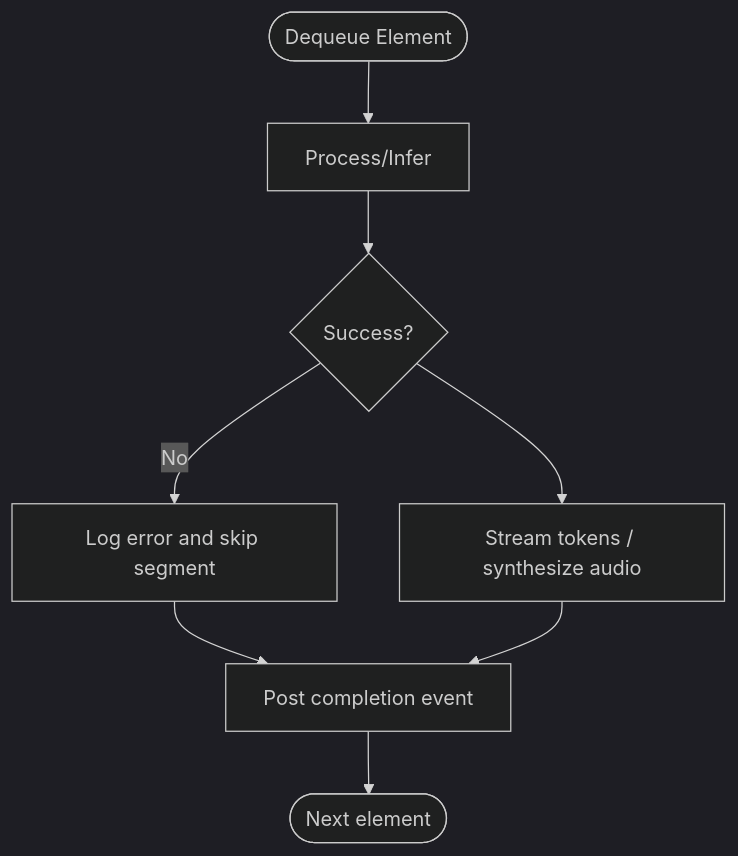
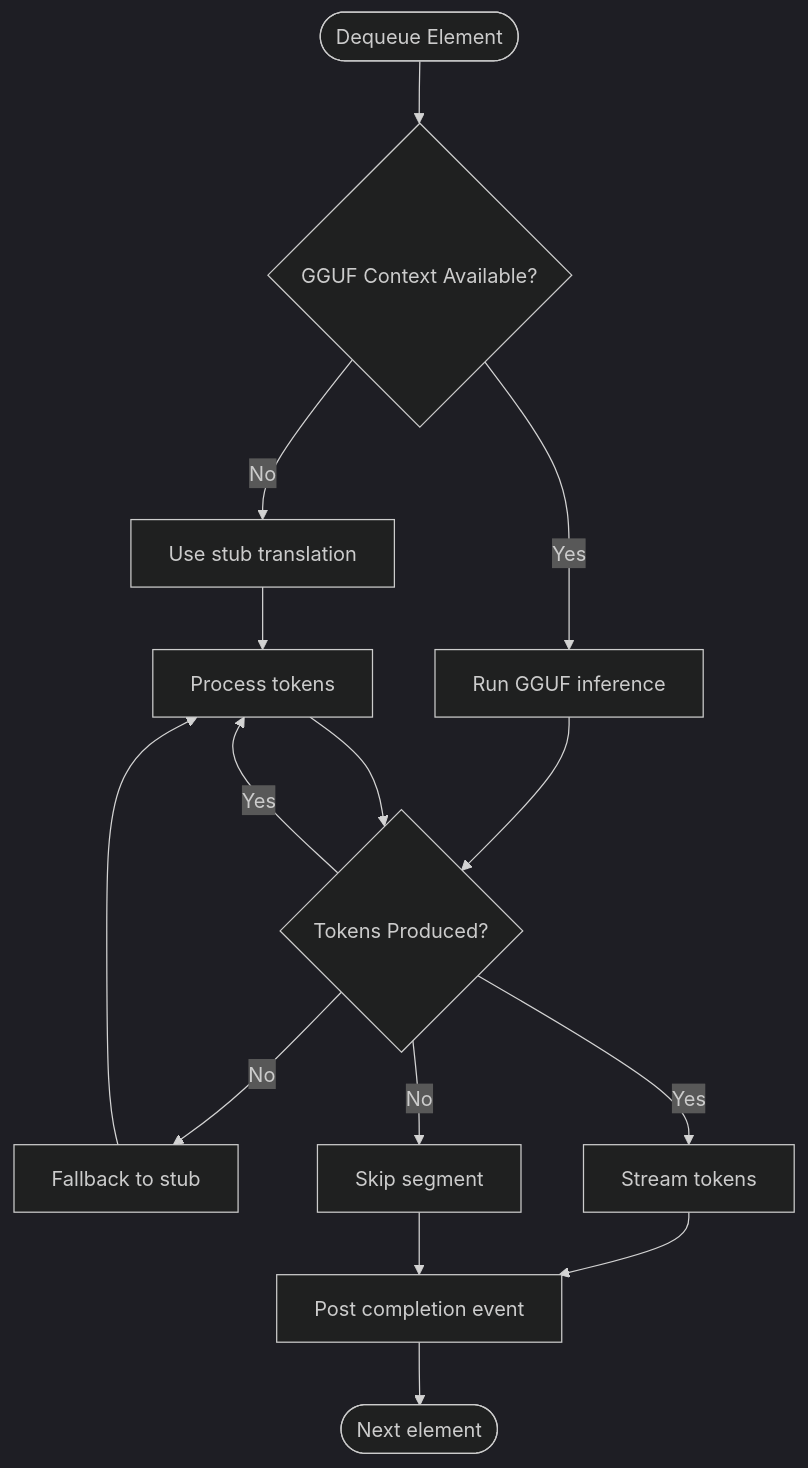
Before and after one commit to iMyth/QwenEcho: the eighth of 10 diagrams in .qoder/repowiki/en/content/AI Model Processing Stages/LLM Stage - Language Translation.md, drawn with Mermaid (dark theme). The commit also changed other lines of this file and 129 other files, not shown here.

````diff
--- a/.qoder/repowiki/en/content/AI Model Processing Stages/LLM Stage - Language Translation.md
+++ b/.qoder/repowiki/en/content/AI Model Processing Stages/LLM Stage - Language Translation.md
@@ -303,10 +317,17 @@
 ```mermaid
 flowchart TD
-Start(["Dequeue Element"]) --> Process["Process/Infer"]
-Process --> Success{"Success?"}
-Success --> |No| LogError["Log error and skip segment"]
-LogError --> Complete["Post completion event"]
-Success --> Stream["Stream tokens / synthesize audio"]
-Stream --> Complete
+Start(["Dequeue Element"]) --> CheckGGUF{"GGUF Context Available?"}
+CheckGGUF --> |No| StubMode["Use stub translation"]
+CheckGGUF --> |Yes| RealInference["Run GGUF inference"]
+StubMode --> Process["Process tokens"]
+RealInference --> Success{"Inference Success?"}
+Success --> |No| Fallback["Fallback to stub"]
+Success --> |Yes| Process
+Fallback --> Process
+Process --> Success{"Tokens Produced?"}
+Success --> |No| Skip["Skip segment"]
+Success --> |Yes| Stream["Stream tokens"]
+Stream --> Complete["Post completion event"]
+Skip --> Complete
 Complete --> Next(["Next element"])
 ```
````
